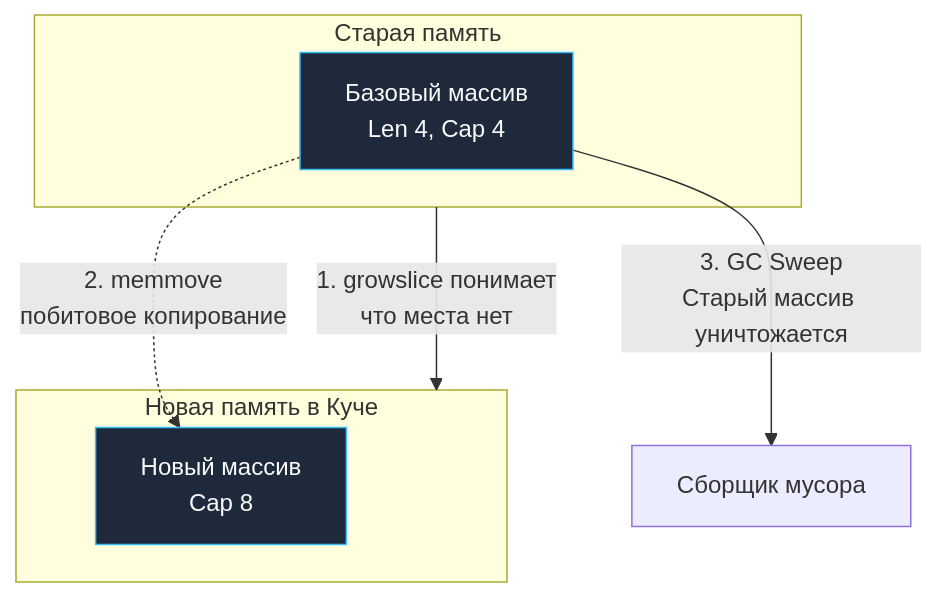
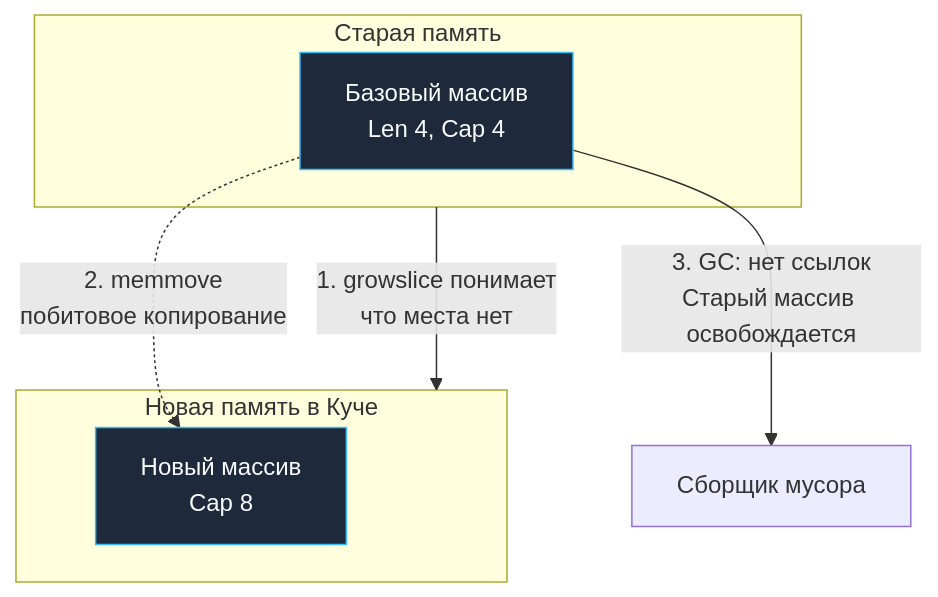
The diagram in sources/5. Учебник по Go (Основы и синтаксис)/17. Slice под капотом. len, cap, append и realloc.md (UnrealTemplier/go-textbook-ru), drawn with Mermaid before and after one commit. The commit also changed other lines of this file and 43 other files, not shown here.

````diff
--- a/sources/5. Учебник по Go (Основы и синтаксис)/17. Slice под капотом. len, cap, append и realloc.md
+++ b/sources/5. Учебник по Go (Основы и синтаксис)/17. Slice под капотом. len, cap, append и realloc.md
@@ -44,24 +44,24 @@
 ```mermaid
 flowchart TD
     classDef process  fill:#1e293b,stroke:#38bdf8,stroke-width:1px,color:#f8fafc
     classDef success  fill:#064e3b,stroke:#34d399,stroke-width:1px,color:#f8fafc
     classDef error    fill:#7f1d1d,stroke:#f87171,stroke-width:1px,color:#f8fafc
     classDef warning  fill:#78350f,stroke:#fbbf24,stroke-width:1px,color:#f8fafc
     classDef entry    fill:#1e3a5f,stroke:#38bdf8,stroke-width:2px,color:#f8fafc
     classDef aux      fill:#334155,stroke:#64748b,stroke-width:1px,color:#f8fafc
     classDef system   fill:#312e81,stroke:#a78bfa,stroke-width:1px,color:#f8fafc
     classDef data     fill:#132d29,stroke:#2dd4bf,stroke-width:1px,color:#f8fafc
     classDef network  fill:#881337,stroke:#fb7185,stroke-width:1px,color:#f8fafc
     classDef accent   fill:#1e1b4b,stroke:#818cf8,stroke-width:1px,color:#f8fafc
     subgraph Old["Старая память"]
         A["Базовый массив<br>Len 4, Cap 4"]:::process
     end
     
     subgraph New["Новая память в Куче"]
         B["Новый массив<br>Cap 8"]:::process
     end
     
     Old -->|"1. growslice понимает<br>что места нет"| New
     A -.->|"2. memmove<br>побитовое копирование"| B
-    A -->|"3. GC Sweep<br>Старый массив уничтожается"| GC["Сборщик мусора"]
+    A -->|"3. GC: нет ссылок<br>Старый массив освобождается"| GC["Сборщик мусора"]
 ```
````
